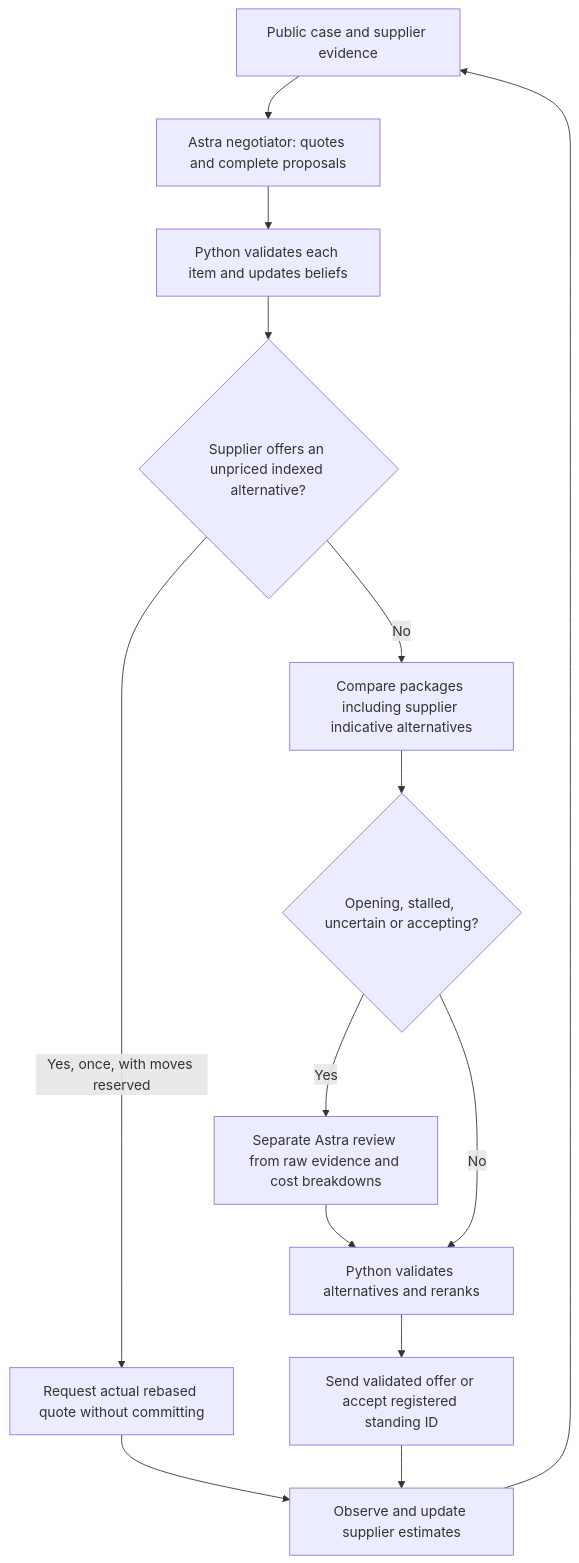
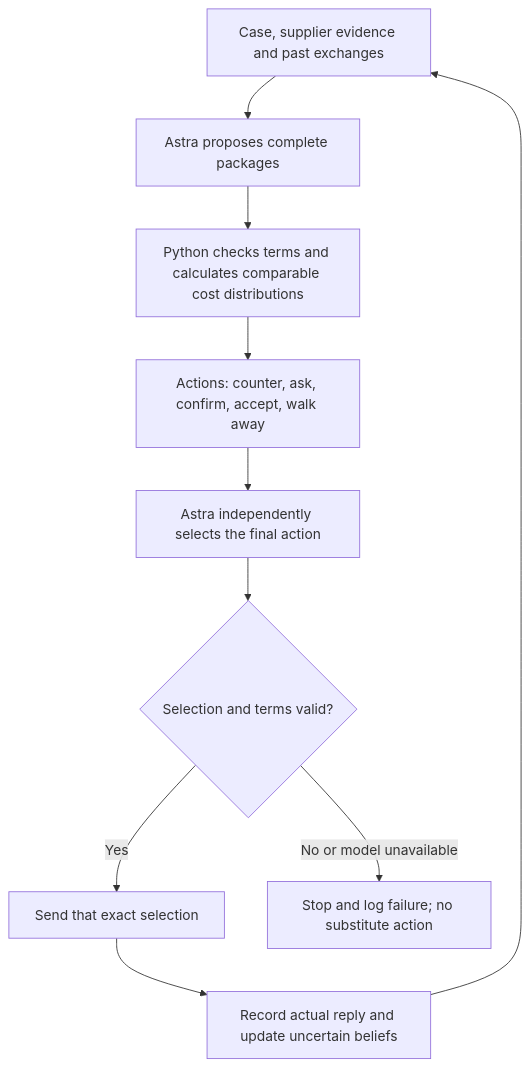
Before and after one commit to european-hackathon-league/submission-3f76c079-ac34-492c-ae1d-eada3ff92c55-1413167341: the diagram in docs/ANALYTICAL.md, drawn with Mermaid. The commit also changed other lines of this file and 17 other files, not shown here.

First line of the commit message:
Give Astra final authority over negotiation actions and retrieve past exchanges

````diff
--- a/docs/ANALYTICAL.md
+++ b/docs/ANALYTICAL.md
@@ -19,16 +19,12 @@
 ```mermaid
 flowchart TD
-    A[Public case and supplier evidence] --> B[Astra negotiator: quotes and complete proposals]
-    B --> C[Python validates each item and updates beliefs]
-    C --> Q{Supplier offers an unpriced indexed alternative?}
-    Q -->|Yes, once, with moves reserved| R[Request actual rebased quote without committing]
-    R --> I
-    Q -->|No| D[Compare packages including supplier indicative alternatives]
-    D --> E{Opening, stalled, uncertain or accepting?}
-    E -->|Yes| F[Separate Astra review from raw evidence and cost breakdowns]
-    F --> G[Python validates alternatives and reranks]
-    E -->|No| G
-    G --> H[Send validated offer or accept registered standing ID]
-    H --> I[Observe and update supplier estimates]
+    A[Case, supplier evidence and past exchanges] --> B[Astra proposes complete packages]
+    B --> C[Python checks terms and calculates comparable cost distributions]
+    C --> D[Actions: counter, ask, confirm, accept, walk away]
+    D --> E[Astra independently selects the final action]
+    E --> F{Selection and terms valid?}
+    F -->|Yes| G[Send that exact selection]
+    F -->|No or model unavailable| H[Stop and log failure; no substitute action]
+    G --> I[Record actual reply and update uncertain beliefs]
     I --> A
 ```
````
